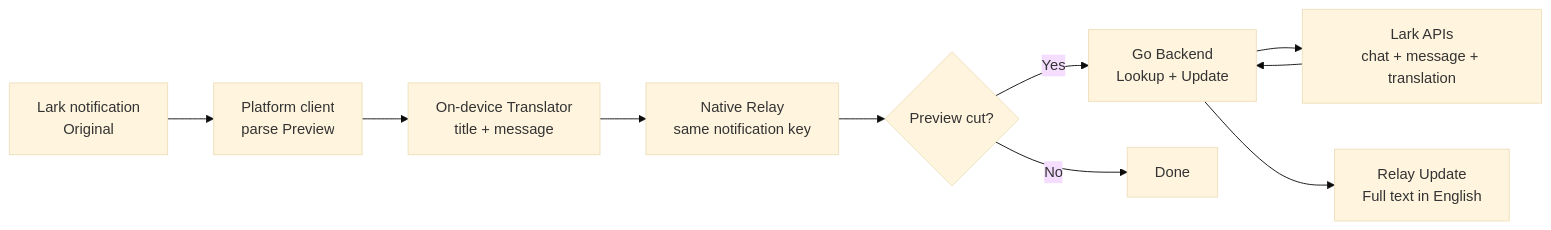
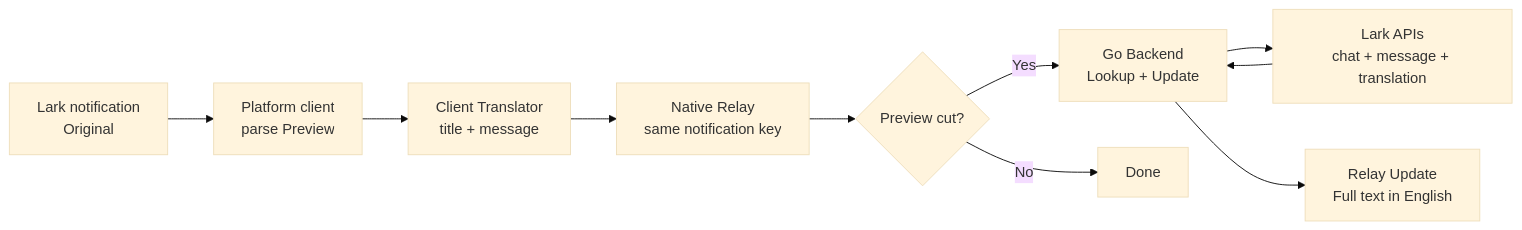
The diagram in docs/hackathon-submission.md (vegerot/larklish), drawn with Mermaid (base theme) before and after one commit. The commit also changed other lines of this file and 29 other files, not shown here.

````diff
--- a/docs/hackathon-submission.md
+++ b/docs/hackathon-submission.md
@@ -63,15 +85,15 @@
 ```mermaid
 flowchart LR
     LARK["Lark notification\nOriginal"]
     LISTENER["Platform client\nparse Preview"]
-    TRANSLATE["On-device Translator\ntitle + message"]
+    TRANSLATE["Client Translator\ntitle + message"]
     RELAY["Native Relay\nsame notification key"]
     CHECK{"Preview cut?"}
     BACKEND["Go Backend\nLookup + Update"]
     API["Lark APIs\nchat + message + translation"]
     UPDATE["Relay Update\nFull text in English"]
 
     LARK --> LISTENER --> TRANSLATE --> RELAY --> CHECK
     CHECK -->|"No"| DONE["Done"]
     CHECK -->|"Yes"| BACKEND --> API --> BACKEND --> UPDATE
 ```
````
